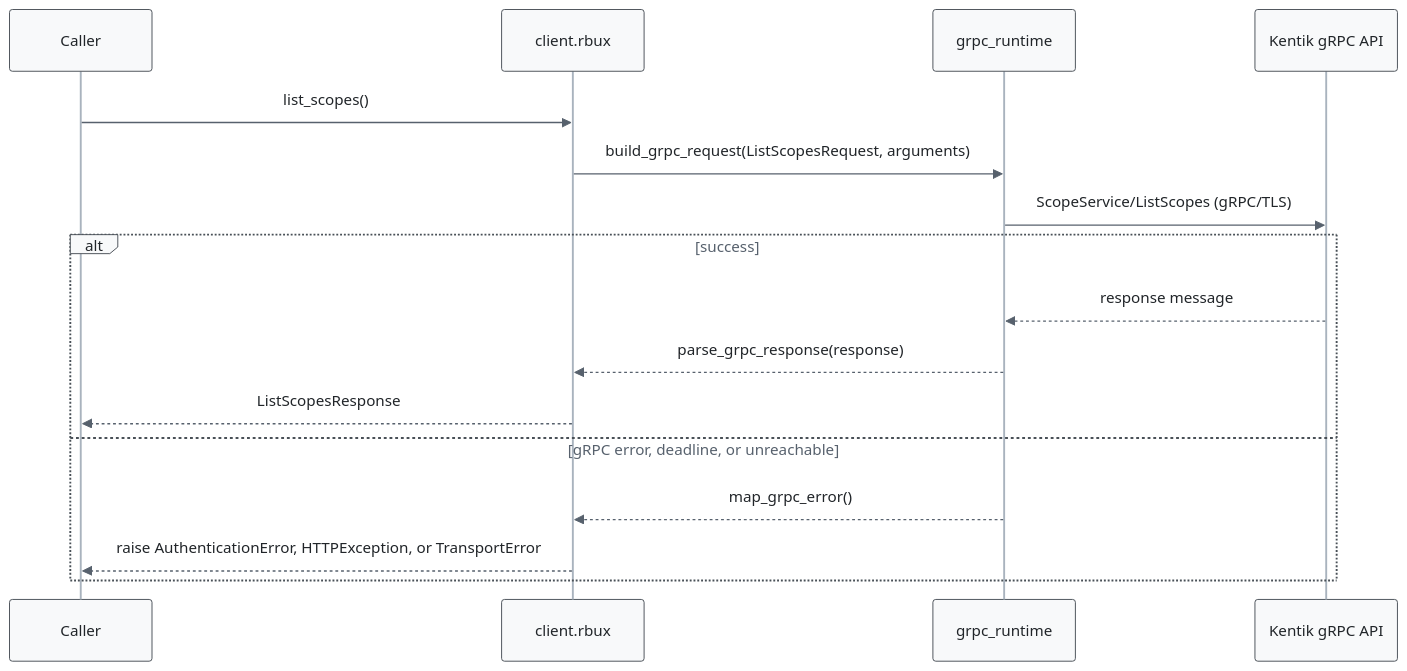
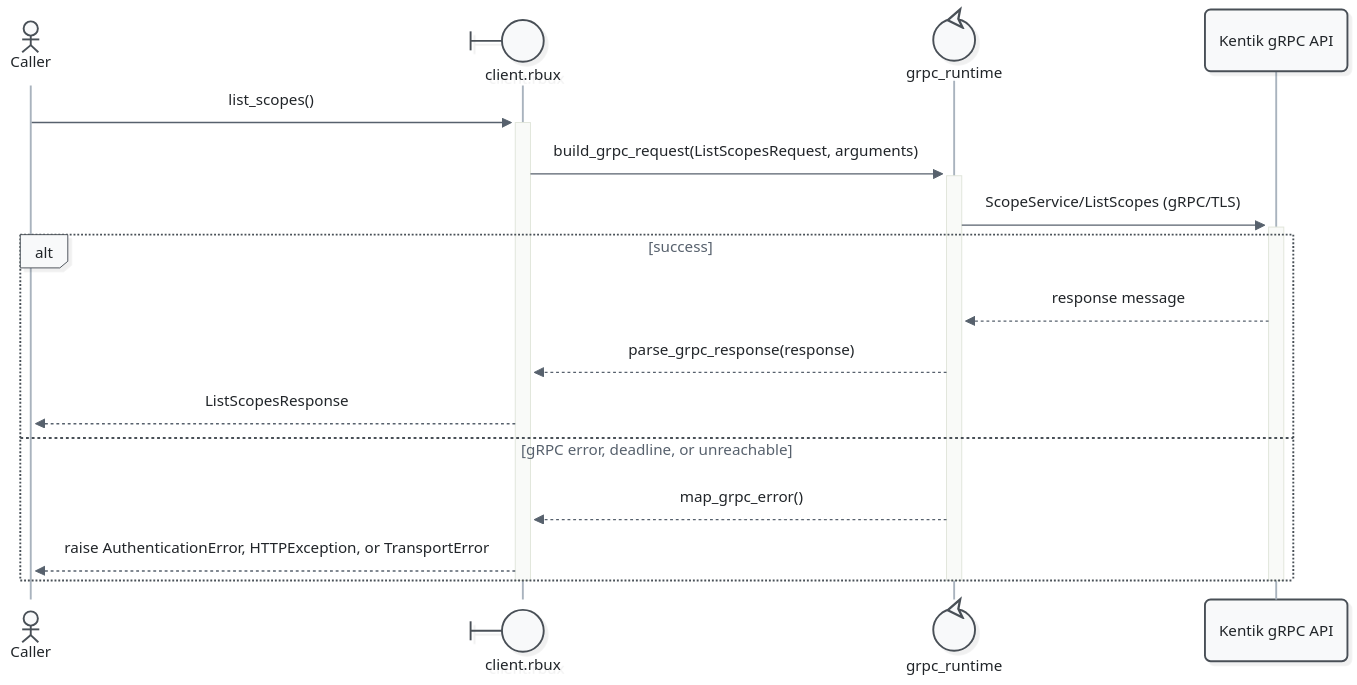
The second of 11 diagrams in docs/sphinx/services/rbux.md (alexdearaujo/community_sdk_python), drawn with Mermaid before and after one commit. The commit also changed other lines of this file and 52 other files, not shown here.

First line of the commit message:
docs: Mermaid 12 sequence diagrams with participant types and path colors

````diff
--- a/docs/sphinx/services/rbux.md
+++ b/docs/sphinx/services/rbux.md
@@ -55,20 +57,23 @@
 ```mermaid
-%%{init: {"theme": "base", "fontFamily": "ui-monospace, SFMono-Regular, Menlo, monospace", "themeVariables": {"fontFamily": "ui-monospace, SFMono-Regular, Menlo, monospace", "primaryColor": "#f8f9fa", "primaryBorderColor": "#495057", "primaryTextColor": "#212529", "textColor": "#212529", "lineColor": "#77818c", "edgeLabelBackground": "#ffffff", "actorBkg": "#f8f9fa", "actorBorder": "#495057", "actorTextColor": "#212529", "actorLineColor": "#a9b3be", "signalColor": "#57616d", "signalTextColor": "#212529", "labelBoxBkgColor": "#f8f9fa", "labelBoxBorderColor": "#495057", "labelTextColor": "#212529", "loopTextColor": "#57616d", "noteBkgColor": "#fff9db", "noteBorderColor": "#f08c00", "noteTextColor": "#a35a00"}, "flowchart": {"curve": "step", "nodeSpacing": 30, "rankSpacing": 70, "wrappingWidth": 400}}}%%
+%%{init: {"theme": "redux", "look": "neo", "layout": "dagre", "fontFamily": "ui-monospace, SFMono-Regular, Menlo, monospace", "themeVariables": {"fontFamily": "ui-monospace, SFMono-Regular, Menlo, monospace", "primaryColor": "#f8f9fa", "primaryBorderColor": "#495057", "primaryTextColor": "#212529", "textColor": "#212529", "lineColor": "#77818c", "edgeLabelBackground": "#ffffff", "actorBkg": "#f8f9fa", "actorBorder": "#495057", "actorTextColor": "#212529", "actorLineColor": "#a9b3be", "signalColor": "#57616d", "signalTextColor": "#212529", "labelBoxBkgColor": "#f8f9fa", "labelBoxBorderColor": "#495057", "labelTextColor": "#212529", "loopTextColor": "#57616d", "noteBkgColor": "#fff9db", "noteBorderColor": "#f08c00", "noteTextColor": "#a35a00"}, "sequence": {"activationWidth": 16}, "flowchart": {"curve": "step", "nodeSpacing": 30, "rankSpacing": 70, "wrappingWidth": 400}}}%%
 sequenceDiagram
-    participant C as Caller
-    participant W as client.rbux
-    participant R as grpc_runtime
+    actor C as Caller
+    participant W@{ "type": "boundary" } as client.rbux
+    participant R@{ "type": "control" } as grpc_runtime
     participant API as Kentik gRPC API
 
-    C->>W: list_scopes()
-    W->>R: build_grpc_request(ListScopesRequest, arguments)
-    R->>API: ScopeService/ListScopes (gRPC/TLS)
+    C->>+W: list_scopes()
+    W->>+R: build_grpc_request(ListScopesRequest, arguments)
+    R->>+API: ScopeService/ListScopes (gRPC/TLS)
     alt success
         API-->>R: response message
         R-->>W: parse_grpc_response(response)
         W-->>C: ListScopesResponse
     else gRPC error, deadline, or unreachable
         R-->>W: map_grpc_error()
         W-->>C: raise AuthenticationError, HTTPException, or TransportError
     end
+    deactivate API
+    deactivate R
+    deactivate W
 ```
````
